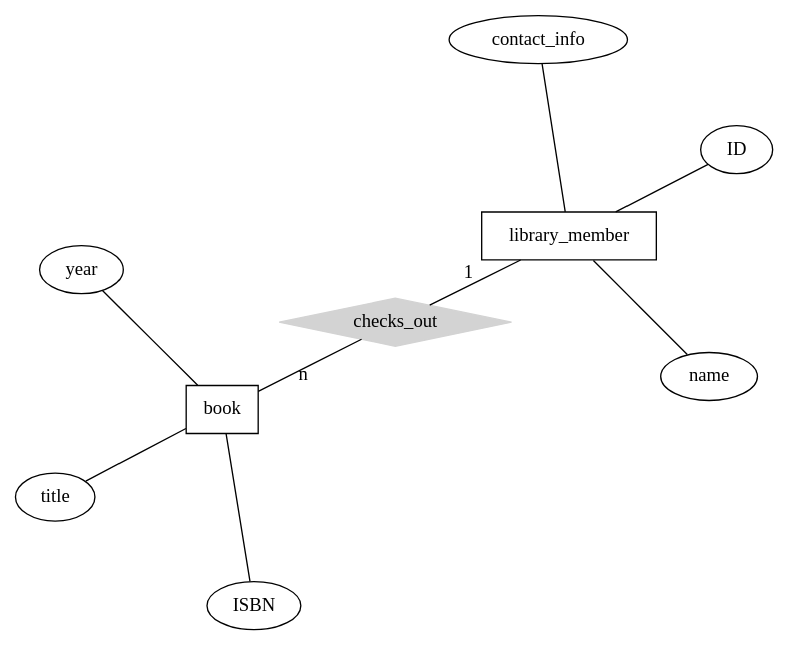
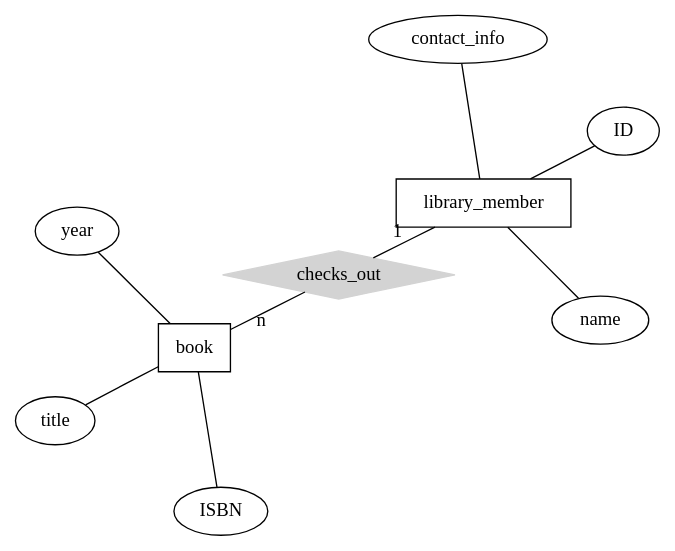
Before and after one commit to cmsc-vcu/cmsc508-fa2023-hw2-camslam13: the first of 2 diagrams in hw2/README.qmd, drawn with Graphviz. The commit also changed 1 other file, not shown here.

Commit message:
my first commit to this repo

````diff
--- a/hw2/README.qmd
+++ b/hw2/README.qmd
@@ -21,20 +21,20 @@
 ```{dot}
 //| echo: false
 graph ER {
     layout=neato;
-    scale=1.8;
+    scale=1.5;
     node [shape=box]; book; library_member;
     node [shape=ellipse]; name, contact_info, ID, year, title, ISBN
     node [shape=diamond,style=filled,color=lightgrey]; checks_out
     
     library_member -- checks_out [label="1",len=1.00]
     checks_out -- book [label="n",len=1.00]
     
     library_member -- ID
     library_member -- name
     library_member -- contact_info
     book -- year
     book -- title
     book -- ISBN
 }
 ```
````
